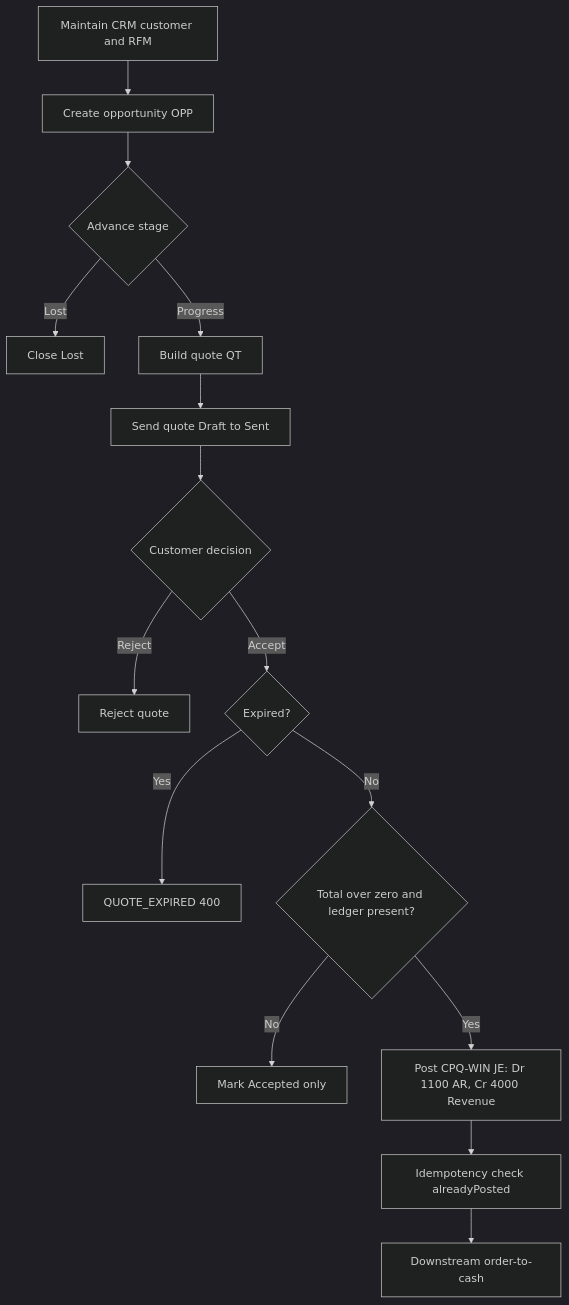
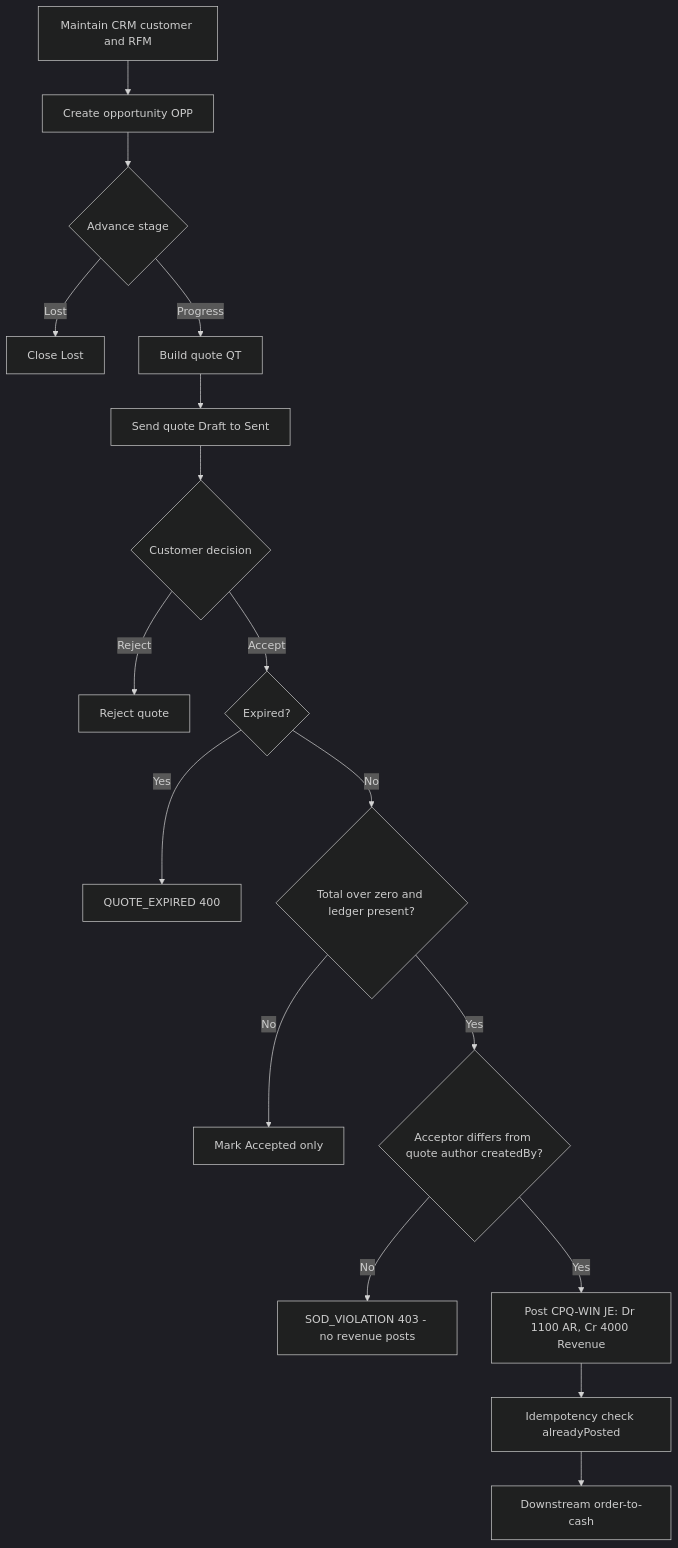
The diagram in docs/process-narratives/18-crm-pipeline-cpq.md (wayla69/invisibleERP), drawn with Mermaid (dark theme) before and after one commit. The commit also changed other lines of this file and 32 other files, not shown here.

````diff
--- a/docs/process-narratives/18-crm-pipeline-cpq.md
+++ b/docs/process-narratives/18-crm-pipeline-cpq.md
@@ -110,17 +110,19 @@
 ```mermaid
 flowchart TD
     A[Maintain CRM customer and RFM] --> B[Create opportunity OPP]
     B --> C{Advance stage}
     C -->|Lost| Z[Close Lost]
     C -->|Progress| D[Build quote QT]
     D --> E[Send quote Draft to Sent]
     E --> F{Customer decision}
     F -->|Reject| G[Reject quote]
     F -->|Accept| H{Expired?}
     H -->|Yes| I[QUOTE_EXPIRED 400]
     H -->|No| J{Total over zero and ledger present?}
     J -->|No| K[Mark Accepted only]
-    J -->|Yes| L[Post CPQ-WIN JE: Dr 1100 AR, Cr 4000 Revenue]
+    J -->|Yes| P{Acceptor differs from quote author createdBy?}
+    P -->|No| Q[SOD_VIOLATION 403 - no revenue posts]
+    P -->|Yes| L[Post CPQ-WIN JE: Dr 1100 AR, Cr 4000 Revenue]
     L --> M[Idempotency check alreadyPosted]
     M --> N[Downstream order-to-cash]
 ```
````
